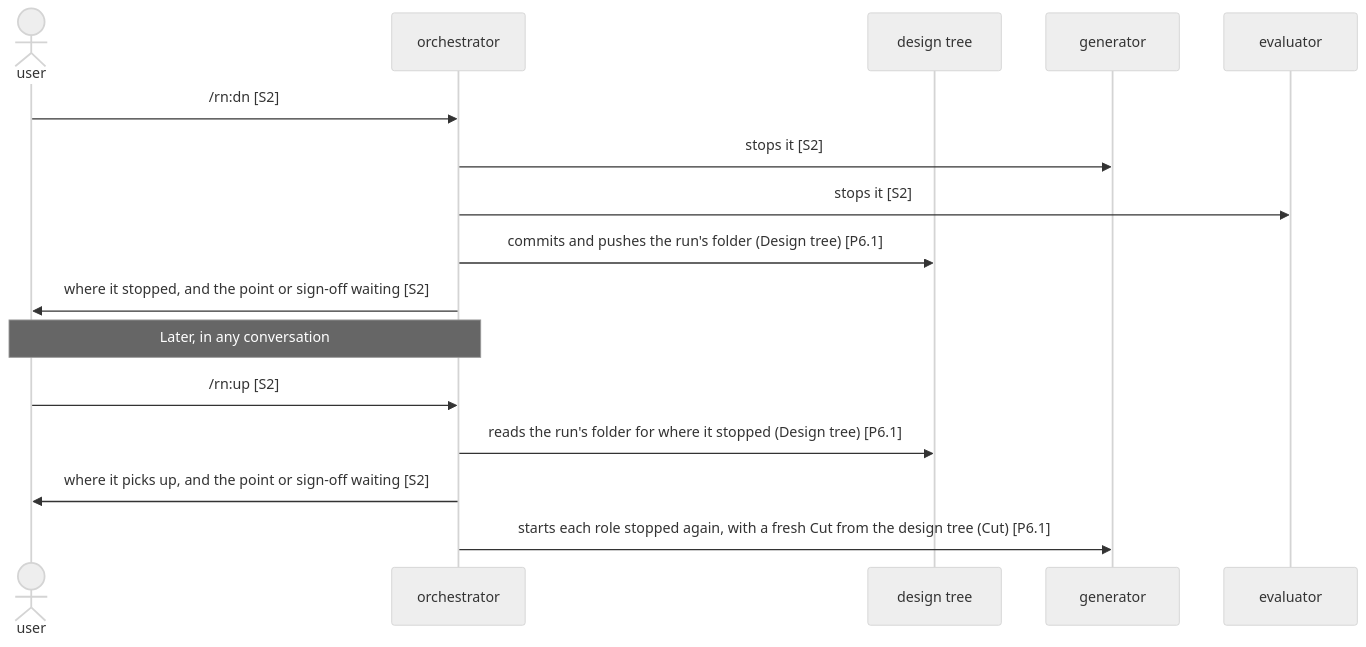
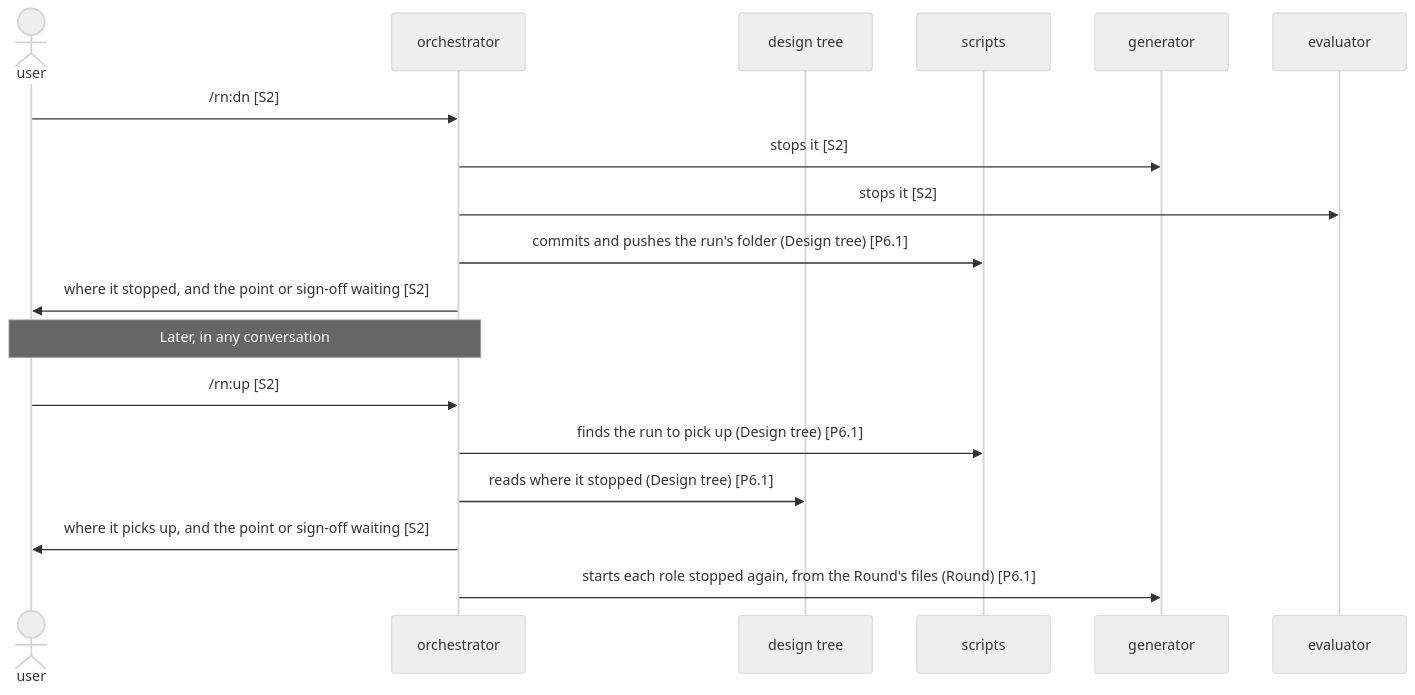
The second of 2 diagrams in dev/rn/architecture.md (lovaizu/ccpm), drawn with Mermaid (neutral theme) before and after one commit. The commit also changed other lines of this file and 2 other files, not shown here.

````diff
--- a/dev/rn/architecture.md
+++ b/dev/rn/architecture.md
@@ -134,18 +162,20 @@
 ```mermaid
 sequenceDiagram
   actor U as user
   participant O as orchestrator
   participant T as design tree
+  participant S as scripts
   participant G as generator
   participant E as evaluator
   U->>O: /rn:dn [S2]
   O->>G: stops it [S2]
   O->>E: stops it [S2]
-  O->>T: commits and pushes the run's folder (Design tree) [P6.1]
+  O->>S: commits and pushes the run's folder (Design tree) [P6.1]
   O->>U: where it stopped, and the point or sign-off waiting [S2]
   Note over U,O: Later, in any conversation
   U->>O: /rn:up [S2]
-  O->>T: reads the run's folder for where it stopped (Design tree) [P6.1]
+  O->>S: finds the run to pick up (Design tree) [P6.1]
+  O->>T: reads where it stopped (Design tree) [P6.1]
   O->>U: where it picks up, and the point or sign-off waiting [S2]
-  O->>G: starts each role stopped again, with a fresh Cut from the design tree (Cut) [P6.1]
+  O->>G: starts each role stopped again, from the Round's files (Round) [P6.1]
 ```
````
